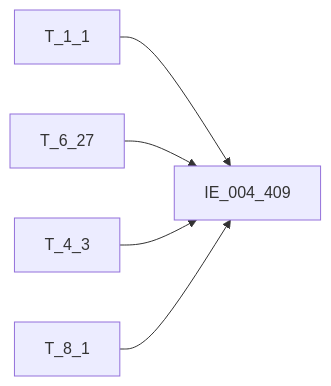
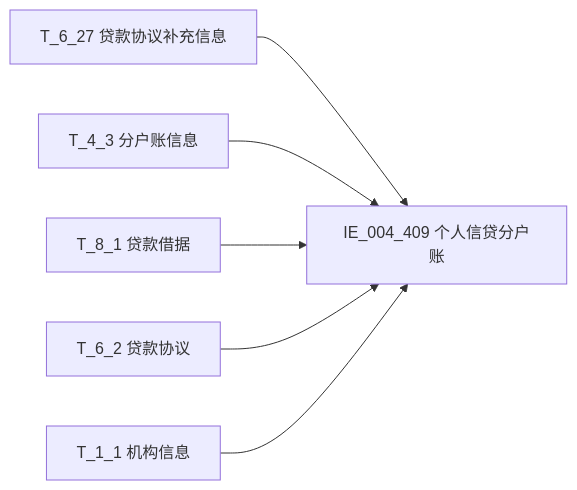
One commit to zhoujk1989-arch/Obsidian changed the diagram in regulatory-data-lab/知识库/血缘/EAST5.0系统/血缘-IE_004_409-个人信贷分户账-EAST5.0系统.md. Above: the diagram before and after it, drawn with Mermaid. The commit also changed other lines of this file and 13 other files, not shown here.

````diff
--- a/regulatory-data-lab/知识库/血缘/EAST5.0系统/血缘-IE_004_409-个人信贷分户账-EAST5.0系统.md
+++ b/regulatory-data-lab/知识库/血缘/EAST5.0系统/血缘-IE_004_409-个人信贷分户账-EAST5.0系统.md
@@ -93,7 +107,8 @@
 ```mermaid
 flowchart LR
-    S1["T_1_1"] --> T["IE_004_409"]
-    S2["T_6_27"] --> T["IE_004_409"]
-    S3["T_4_3"] --> T["IE_004_409"]
-    S4["T_8_1"] --> T["IE_004_409"]
+    S1["T_6_27 贷款协议补充信息"] --> T["IE_004_409 个人信贷分户账"]
+    S2["T_4_3 分户账信息"] --> T
+    S3["T_8_1 贷款借据"] --> T
+    S4["T_6_2 贷款协议"] --> T
+    S5["T_1_1 机构信息"] --> T
 ```
````
